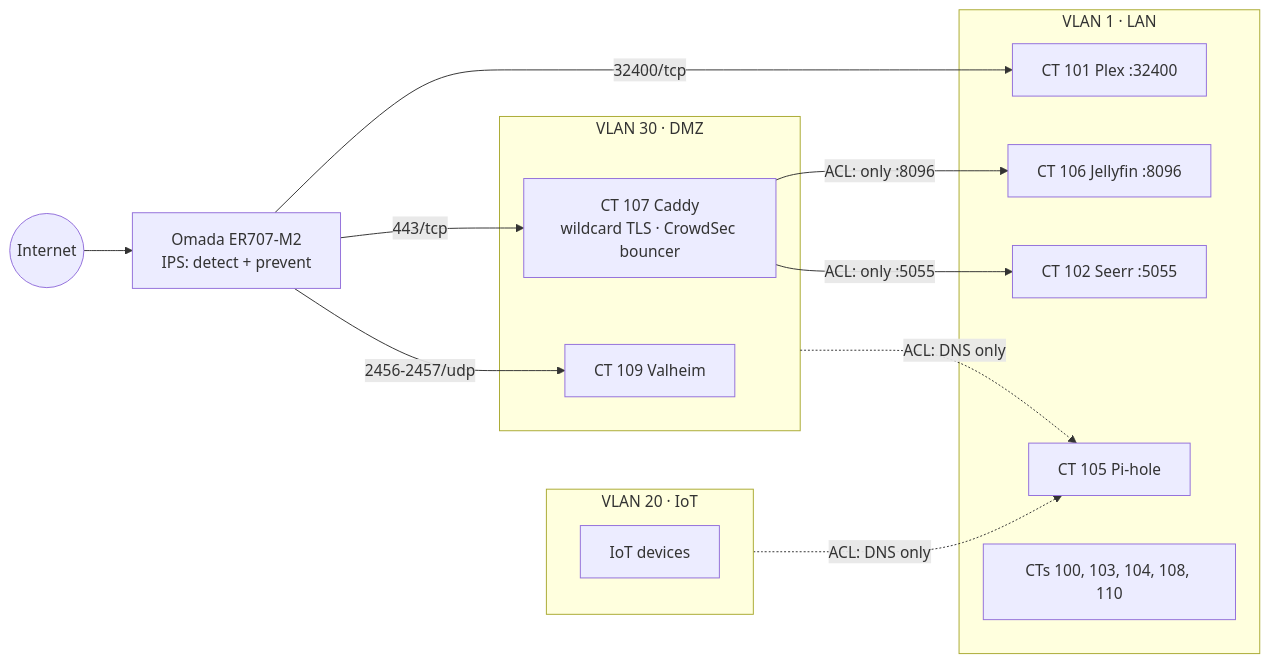
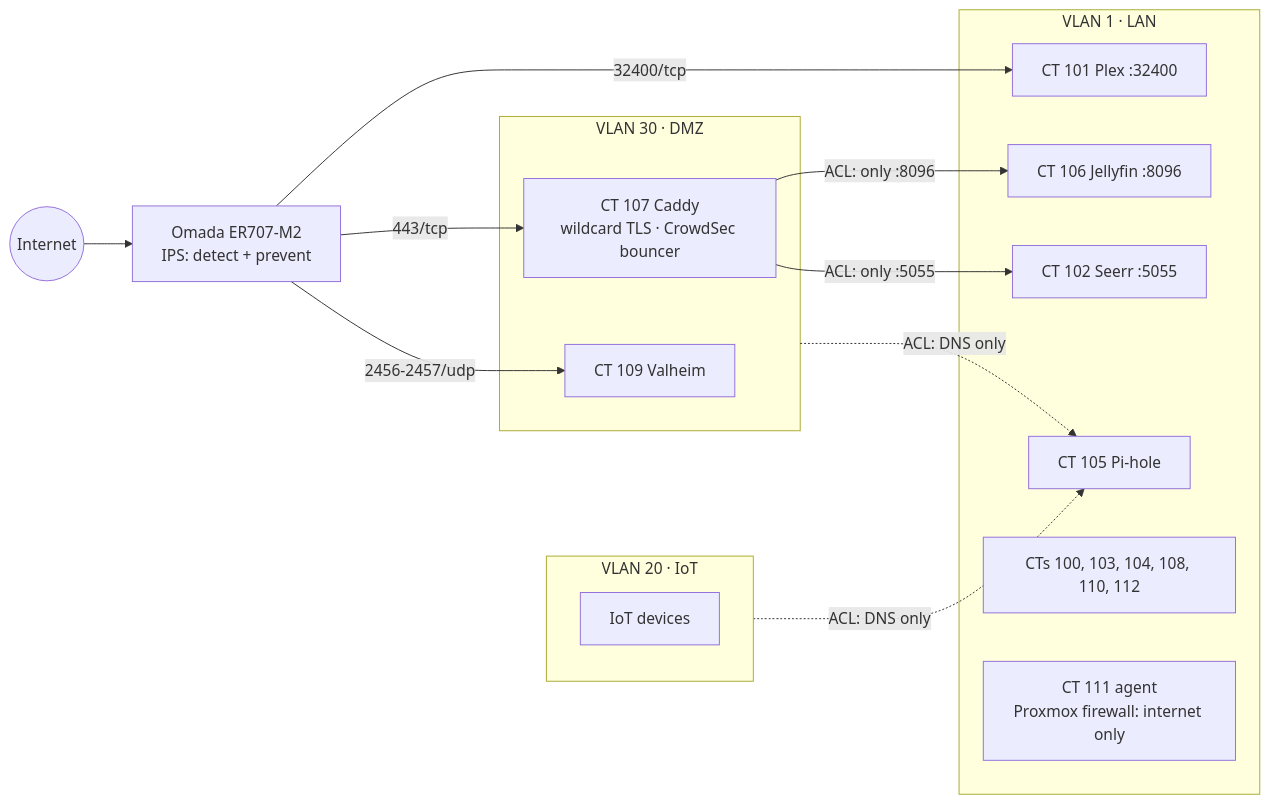
One commit to nerevarineHD/homelab-as-code changed the first of 3 diagrams in README.md. Above: the diagram before and after it, drawn with Mermaid. The commit also changed other lines of this file and 22 other files, not shown here.

````diff
--- a/README.md
+++ b/README.md
@@ -35,29 +37,30 @@
 ```mermaid
 flowchart LR
   internet((Internet)) --> er707["Omada ER707-M2<br/>IPS: detect + prevent"]
   er707 -- "443/tcp" --> caddy
   er707 -- "2456-2457/udp" --> valheim
   er707 -- "32400/tcp" --> plex
 
   subgraph dmz["VLAN 30 · DMZ"]
     caddy["CT 107 Caddy<br/>wildcard TLS · CrowdSec bouncer"]
     valheim["CT 109 Valheim"]
   end
 
   subgraph lan["VLAN 1 · LAN"]
     jellyfin["CT 106 Jellyfin :8096"]
     seerr["CT 102 Seerr :5055"]
     pihole["CT 105 Pi-hole"]
     plex["CT 101 Plex :32400"]
-    other["CTs 100, 103, 104, 108, 110"]
+    other["CTs 100, 103, 104, 108, 110, 112"]
+    agent["CT 111 agent<br/>Proxmox firewall: internet only"]
   end
 
   subgraph iot["VLAN 20 · IoT"]
     devices["IoT devices"]
   end
 
   caddy -- "ACL: only :8096" --> jellyfin
   caddy -- "ACL: only :5055" --> seerr
   dmz -. "ACL: DNS only" .-> pihole
   iot -. "ACL: DNS only" .-> pihole
 ```
````
